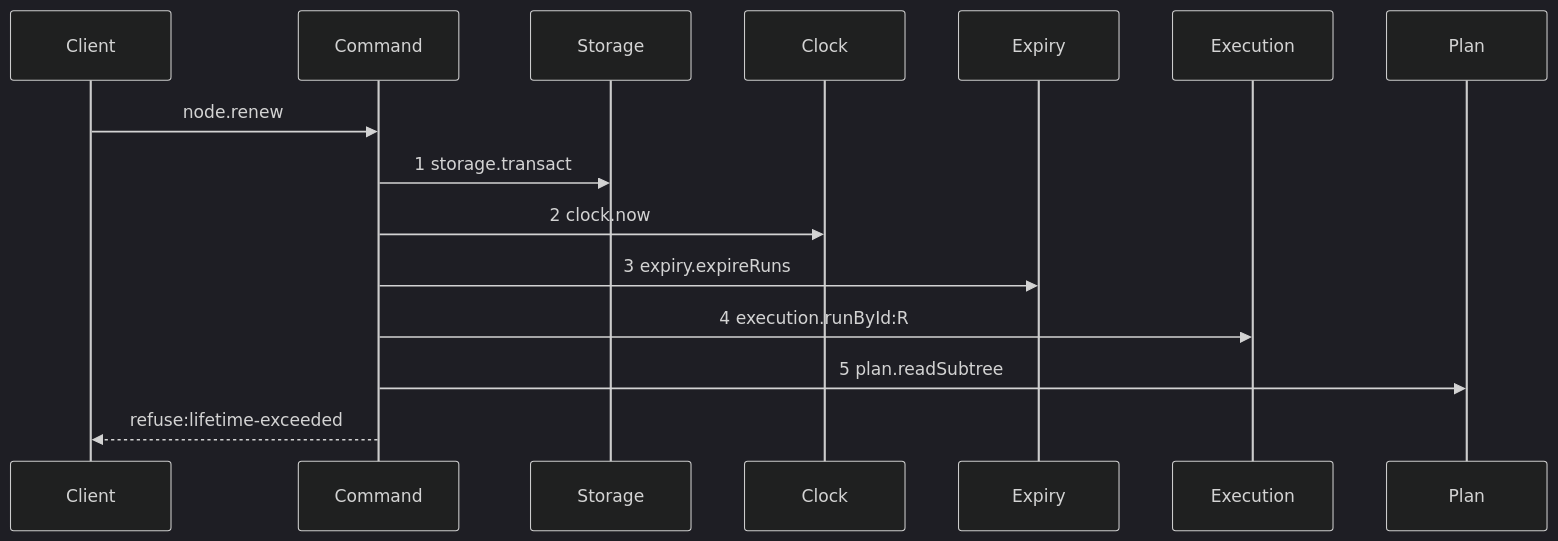
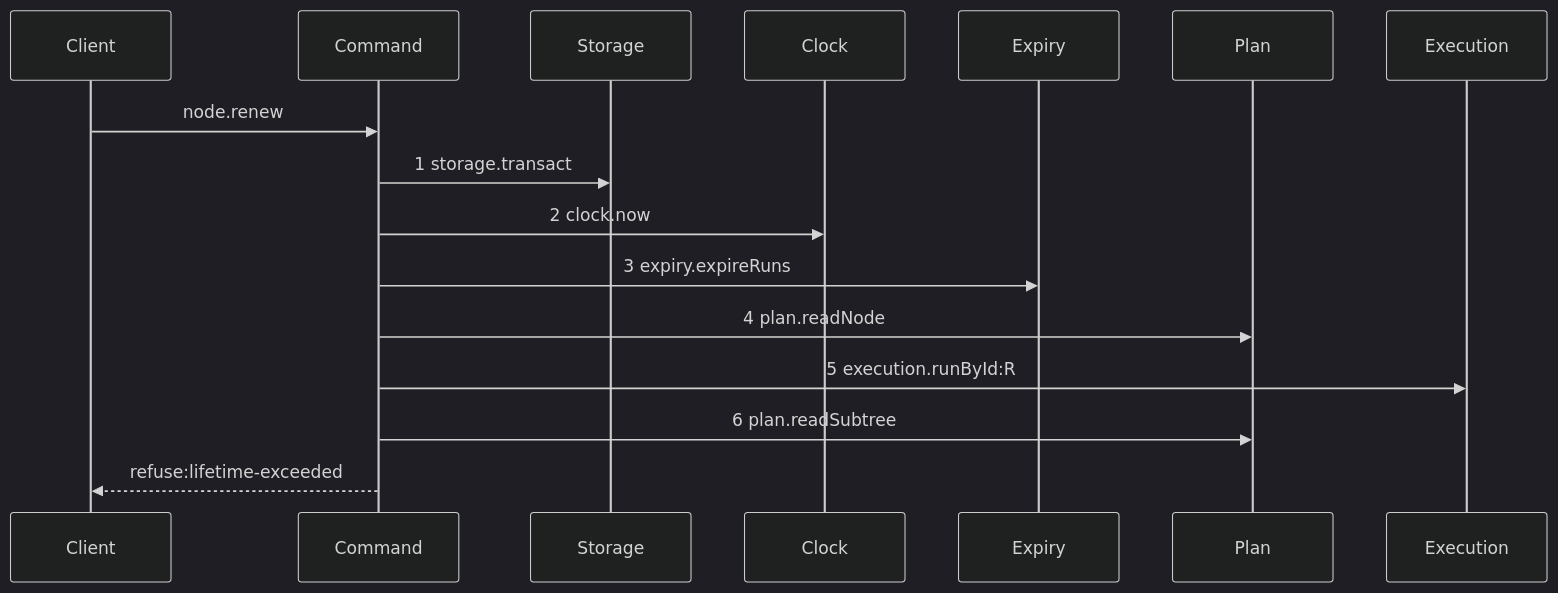
One commit to kanthorlabs/kanthord-engine changed the diagram in .agents/plan/stories/050.2-the-run-renew-release-and-report/04-the-lifetime-refusal.md. Above: the diagram before and after it, drawn with Mermaid (dark theme). The commit also changed other lines of this file and 38 other files, not shown here.

````diff
--- a/.agents/plan/stories/050.2-the-run-renew-release-and-report/04-the-lifetime-refusal.md
+++ b/.agents/plan/stories/050.2-the-run-renew-release-and-report/04-the-lifetime-refusal.md
@@ -23,17 +31,18 @@
 ```mermaid
 sequenceDiagram
     participant Client
     participant Command
     participant Storage
     participant Clock
     participant Expiry
+    participant Plan
     participant Execution
-    participant Plan
     Client->>Command: node.renew
     Command->>Storage: 1 storage.transact
     Command->>Clock: 2 clock.now
     Command->>Expiry: 3 expiry.expireRuns
-    Command->>Execution: 4 execution.runById:R
-    Command->>Plan: 5 plan.readSubtree
+    Command->>Plan: 4 plan.readNode
+    Command->>Execution: 5 execution.runById:R
+    Command->>Plan: 6 plan.readSubtree
     Command-->>Client: refuse:lifetime-exceeded
 ```
````
